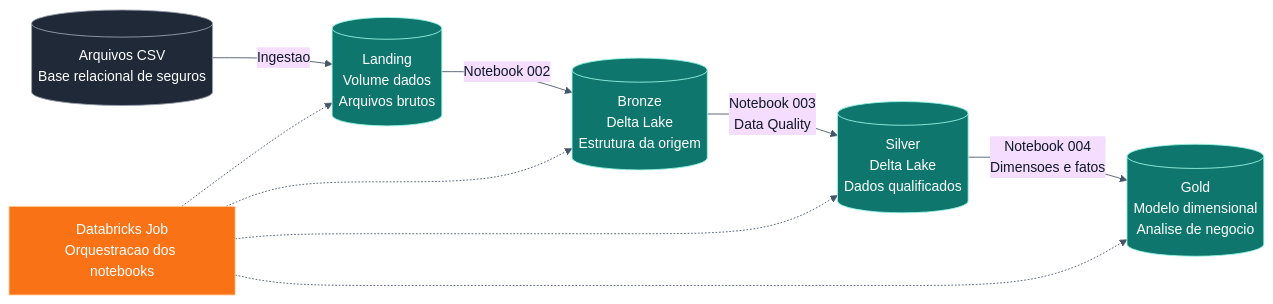
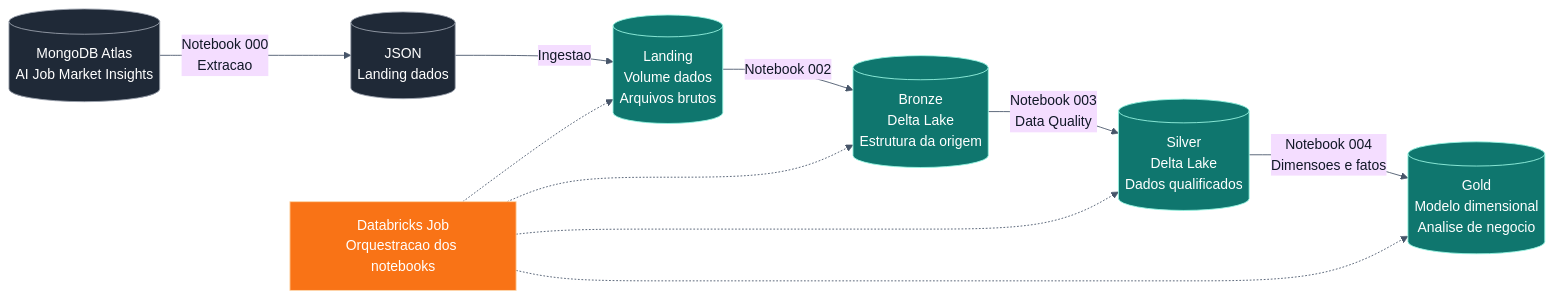
One commit to omrl/trabalho-3-lakehouse-databricks changed the diagram in docs/arquitetura.md. Above: the diagram before and after it, drawn with Mermaid. The commit also changed other lines of this file and 49 other files, not shown here.

Commit message:
feat: adapta pipeline para MongoDB Atlas

````diff
--- a/docs/arquitetura.md
+++ b/docs/arquitetura.md
@@ -7,36 +7,39 @@
 ```mermaid
 %%{init: {"theme": "base", "themeVariables": {"primaryTextColor": "#ffffff", "tertiaryTextColor": "#ffffff", "nodeTextColor": "#ffffff", "fontFamily": "Arial"}}}%%
 flowchart LR
-    csv[(Arquivos CSV<br/>Base relacional de seguros)]
+    db[(MongoDB Atlas<br/>AI Job Market Insights)]
+    json[(JSON<br/>Landing dados)]
     landing[(Landing<br/>Volume dados<br/>Arquivos brutos)]
     bronze[(Bronze<br/>Delta Lake<br/>Estrutura da origem)]
     silver[(Silver<br/>Delta Lake<br/>Dados qualificados)]
     gold[(Gold<br/>Modelo dimensional<br/>Analise de negocio)]
     job[Databricks Job<br/>Orquestracao dos notebooks]
 
-    csv -->|Ingestao| landing
+    db -->|Notebook 000<br/>Extracao| json
+    json -->|Ingestao| landing
     landing -->|Notebook 002| bronze
     bronze -->|Notebook 003<br/>Data Quality| silver
     silver -->|Notebook 004<br/>Dimensoes e fatos| gold
 
     job -.-> landing
     job -.-> bronze
     job -.-> silver
     job -.-> gold
 
     classDef source fill:#1f2937,stroke:#9ca3af,color:#ffffff
     classDef layer fill:#0f766e,stroke:#99f6e4,color:#ffffff
     classDef process fill:#f97316,stroke:#fed7aa,color:#ffffff
     linkStyle default stroke:#475569,color:#111827
 
-    class csv source
+    class db,json source
     class landing,bronze,silver,gold layer
     class job process
 
-    style csv color:#ffffff
+    style json color:#ffffff
+    style db color:#ffffff
     style landing color:#ffffff
     style bronze color:#ffffff
     style silver color:#ffffff
     style gold color:#ffffff
     style job color:#ffffff
 ```
````
